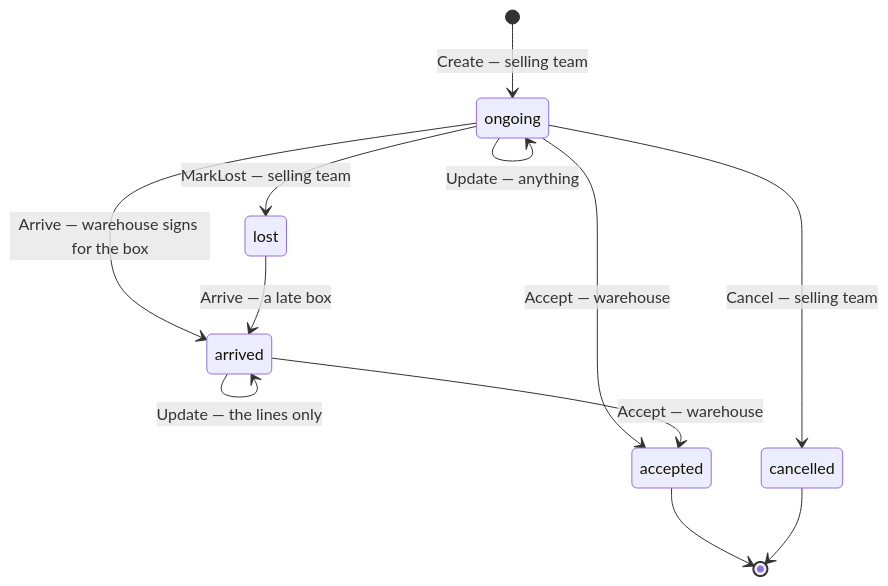
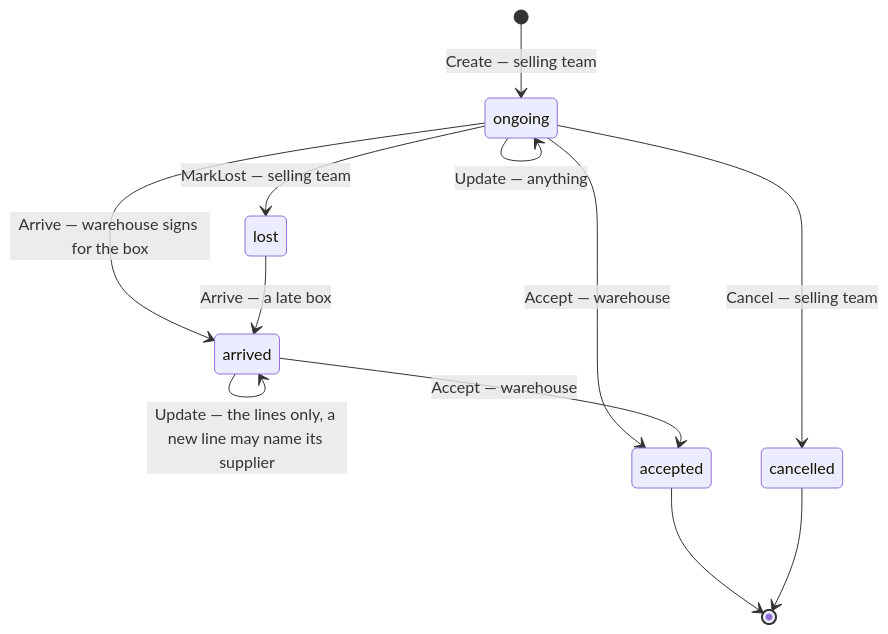
Before and after one commit to pdcgo/warehouse_revamp: the second of 12 diagrams in docs/services/inventory_service/rpc.md, drawn with Mermaid. The commit also changed other lines of this file and 14 other files, not shown here.

````diff
--- a/docs/services/inventory_service/rpc.md
+++ b/docs/services/inventory_service/rpc.md
@@ -81,14 +81,14 @@
 ```mermaid
 stateDiagram-v2
     [*] --> ongoing: Create — selling team
     ongoing --> ongoing: Update — anything
     ongoing --> arrived: Arrive — warehouse signs for the box
     ongoing --> accepted: Accept — warehouse
-    arrived --> arrived: Update — the lines only
+    arrived --> arrived: Update — the lines only, a new line may name its supplier
     arrived --> accepted: Accept — warehouse
     ongoing --> lost: MarkLost — selling team
     lost --> arrived: Arrive — a late box
     ongoing --> cancelled: Cancel — selling team
     accepted --> [*]
     cancelled --> [*]
 ```
````
